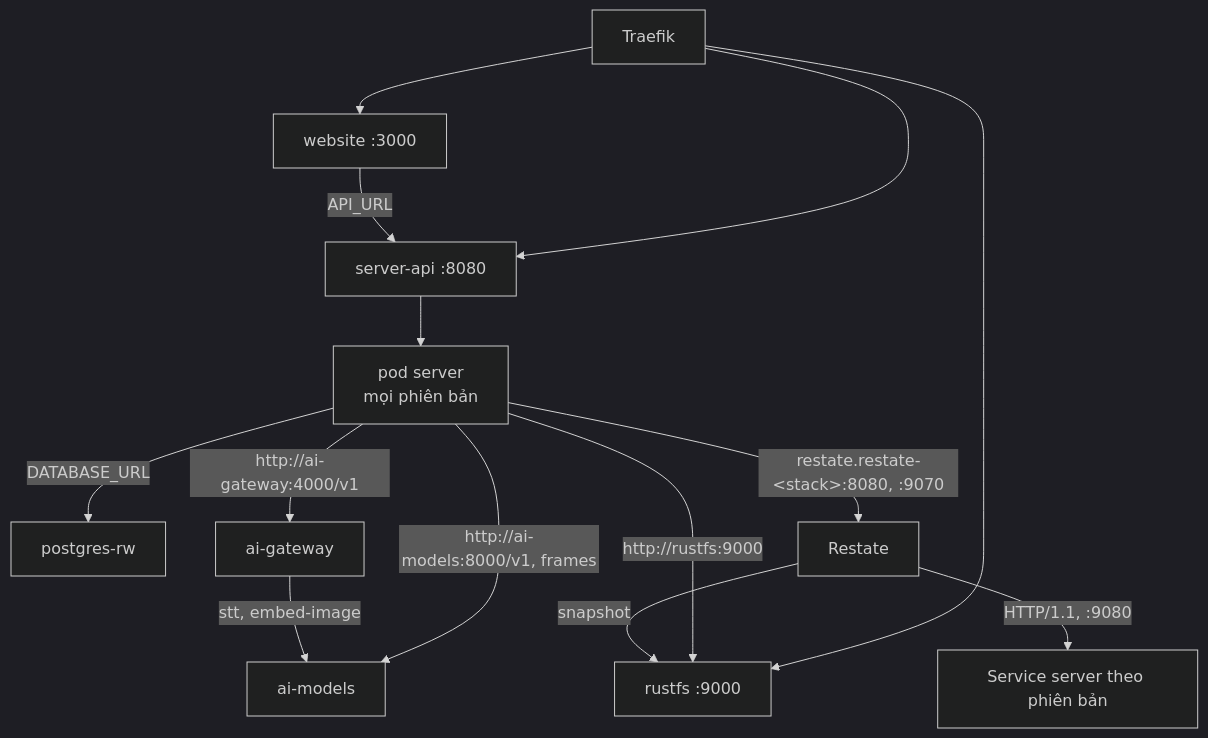
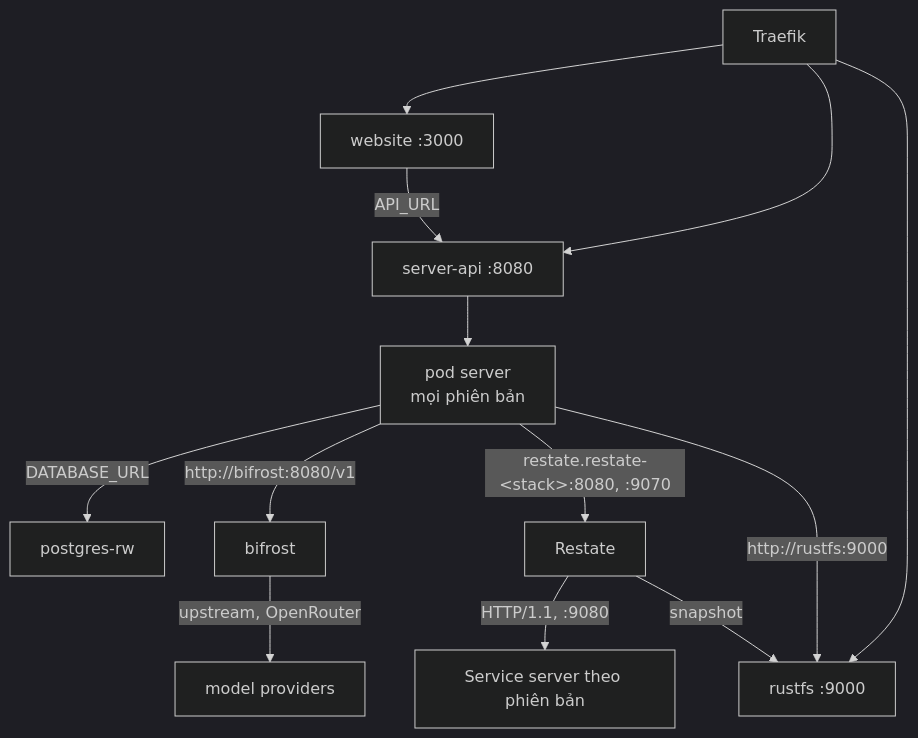
Before and after one commit to shopnexus/docs: the second of 3 diagrams in web/src/content/docs/vi/operations/cluster/networking.mdx, drawn with Mermaid (dark theme). The commit also changed other lines of this file and 3 other files, not shown here.

````diff
--- a/web/src/content/docs/vi/operations/cluster/networking.mdx
+++ b/web/src/content/docs/vi/operations/cluster/networking.mdx
@@ -105,16 +105,15 @@
 ```mermaid title="Các lời gọi trong một stack"
 flowchart TB
   T["Traefik"] --> W["website :3000"]
   T --> SA["server-api :8080"]
   T --> RF["rustfs :9000"]
   W -->|"API_URL"| SA
   SA --> S1["pod server<br/>mọi phiên bản"]
   S1 -->|"DATABASE_URL"| PG["postgres-rw"]
   S1 -->|"http://rustfs:9000"| RF
-  S1 -->|"http://ai-gateway:4000/v1"| LL["ai-gateway"]
-  S1 -->|"http://ai-models:8000/v1, frames"| AM["ai-models"]
-  LL -->|"stt, embed-image"| AM
+  S1 -->|"http://bifrost:8080/v1"| LL["bifrost"]
+  LL -->|"upstream, OpenRouter"| EXT["model providers"]
   S1 -->|"restate.restate-#lt;stack#gt;:8080, :9070"| R["Restate"]
   R -->|"HTTP/1.1, :9080"| SV["Service server theo phiên bản"]
   R -->|"snapshot"| RF
 ```
````
